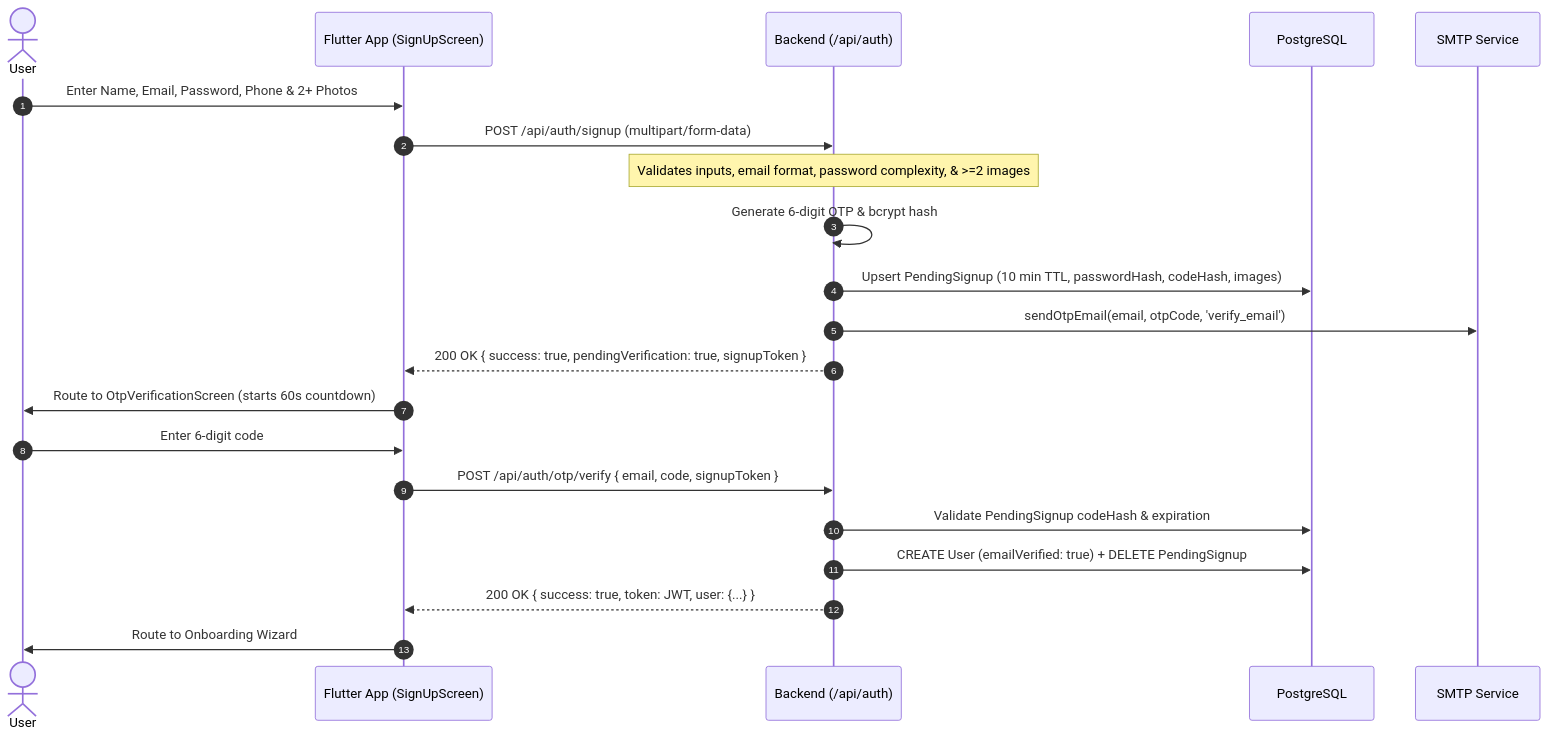
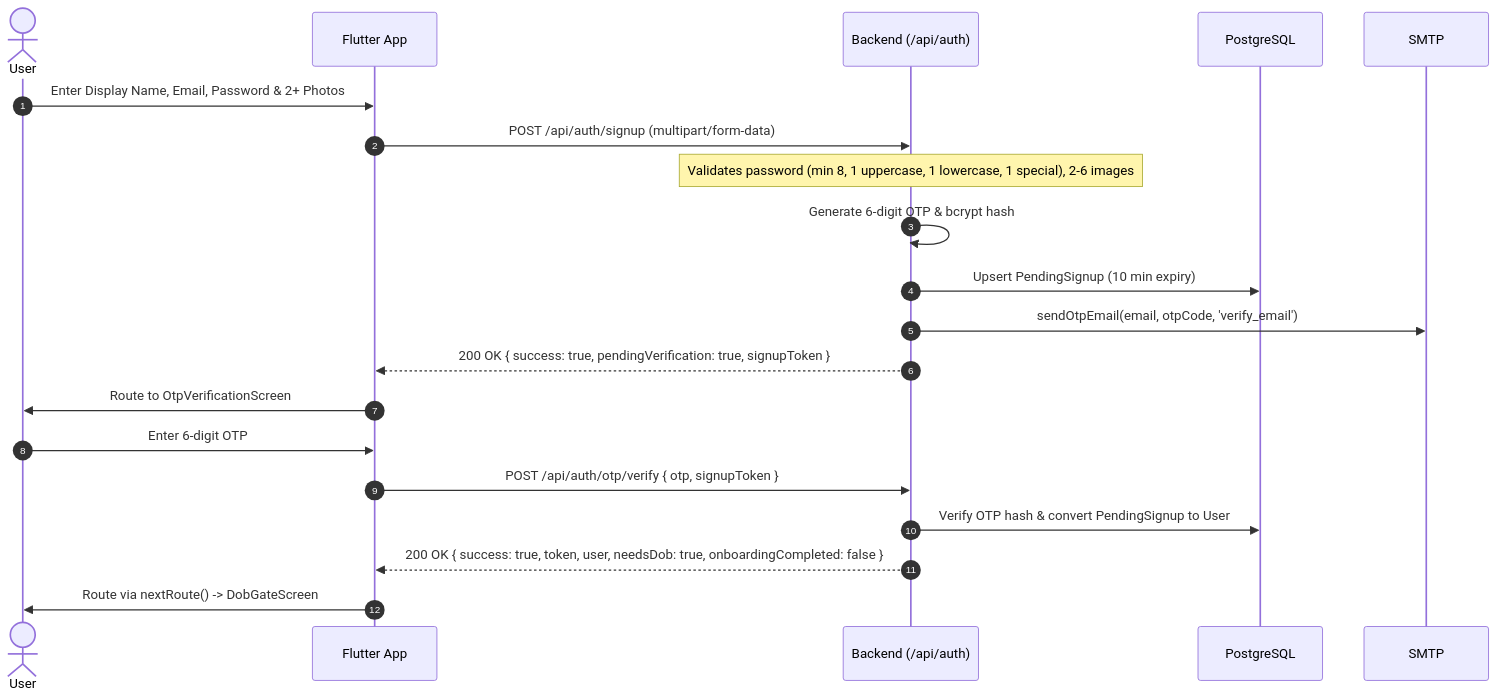
The second of 2 diagrams in docs/architecture/AUTH_LOGIN_REGISTRATION_FLOW.md (parasnath215/Wehere---AxioCraft), drawn with Mermaid before and after one commit. The commit also changed other lines of this file and 36 other files, not shown here.

Commit message:
feat(auth): unified social auth (Google & Apple), single DOB gate, underage blocking, and route unification

````diff
--- a/docs/architecture/AUTH_LOGIN_REGISTRATION_FLOW.md
+++ b/docs/architecture/AUTH_LOGIN_REGISTRATION_FLOW.md
@@ -92,24 +65,23 @@
 ```mermaid
 sequenceDiagram
     autonumber
     actor User
-    participant Flutter as Flutter App (SignUpScreen)
+    participant Flutter as Flutter App
     participant API as Backend (/api/auth)
     participant DB as PostgreSQL
-    participant Mail as SMTP Service
+    participant Mail as SMTP
 
-    User->>Flutter: Enter Name, Email, Password, Phone & 2+ Photos
+    User->>Flutter: Enter Display Name, Email, Password & 2+ Photos
     Flutter->>API: POST /api/auth/signup (multipart/form-data)
-    Note over API: Validates inputs, email format, password complexity, & >=2 images
+    Note over API: Validates password (min 8, 1 uppercase, 1 lowercase, 1 special), 2-6 images
     API->>API: Generate 6-digit OTP & bcrypt hash
-    API->>DB: Upsert PendingSignup (10 min TTL, passwordHash, codeHash, images)
+    API->>DB: Upsert PendingSignup (10 min expiry)
     API->>Mail: sendOtpEmail(email, otpCode, 'verify_email')
     API-->>Flutter: 200 OK { success: true, pendingVerification: true, signupToken }
-    Flutter->>User: Route to OtpVerificationScreen (starts 60s countdown)
-    User->>Flutter: Enter 6-digit code
-    Flutter->>API: POST /api/auth/otp/verify { email, code, signupToken }
-    API->>DB: Validate PendingSignup codeHash & expiration
-    API->>DB: CREATE User (emailVerified: true) + DELETE PendingSignup
-    API-->>Flutter: 200 OK { success: true, token: JWT, user: {...} }
-    Flutter->>User: Route to Onboarding Wizard
+    Flutter->>User: Route to OtpVerificationScreen
+    User->>Flutter: Enter 6-digit OTP
+    Flutter->>API: POST /api/auth/otp/verify { otp, signupToken }
+    API->>DB: Verify OTP hash & convert PendingSignup to User
+    API-->>Flutter: 200 OK { success: true, token, user, needsDob: true, onboardingCompleted: false }
+    Flutter->>User: Route via nextRoute() -> DobGateScreen
 ```
````
